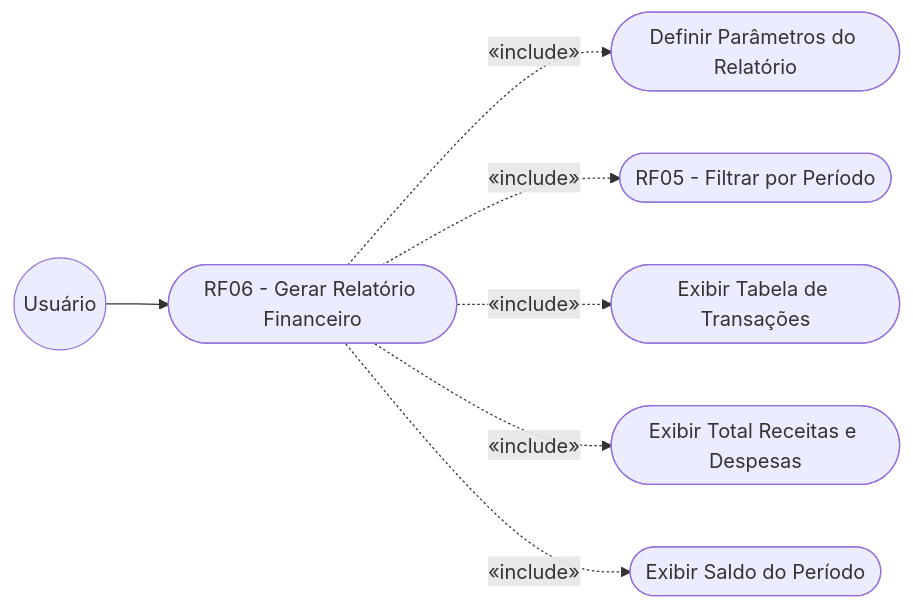
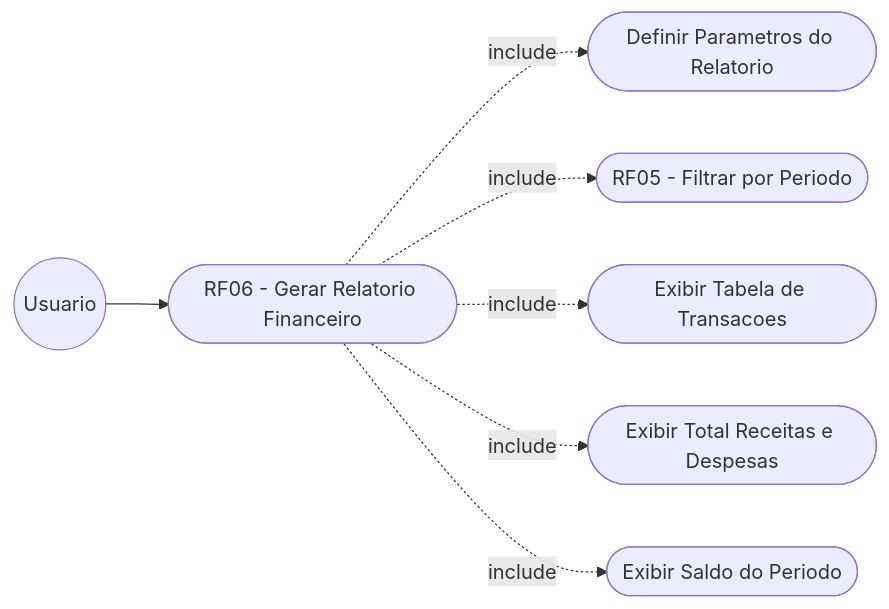
One commit to NEXA-project-br/NEXA changed the sixth of 8 diagrams in relacionamento/dcu.md. Above: the diagram before and after it, drawn with Mermaid. The commit also changed other lines of this file, not shown here.

````diff
--- a/relacionamento/dcu.md
+++ b/relacionamento/dcu.md
@@ -136,18 +131,17 @@
 ```mermaid
 graph LR
-  U((Usuário))
-
-  RF06([RF06 - Gerar Relatório Financeiro])
-  RF05([RF05 - Filtrar por Período])
-  A1([Definir Parâmetros do Relatório])
-  A2([Exibir Tabela de Transações])
+  U((Usuario))
+  RF06([RF06 - Gerar Relatorio Financeiro])
+  RF05([RF05 - Filtrar por Periodo])
+  A1([Definir Parametros do Relatorio])
+  A2([Exibir Tabela de Transacoes])
   A3([Exibir Total Receitas e Despesas])
-  A4([Exibir Saldo do Período])
+  A4([Exibir Saldo do Periodo])
 
   U --> RF06
-  RF06 -.->|«include»| A1
-  RF06 -.->|«include»| RF05
-  RF06 -.->|«include»| A2
-  RF06 -.->|«include»| A3
-  RF06 -.->|«include»| A4
+  RF06 -.->|include| A1
+  RF06 -.->|include| RF05
+  RF06 -.->|include| A2
+  RF06 -.->|include| A3
+  RF06 -.->|include| A4
 ```
````
